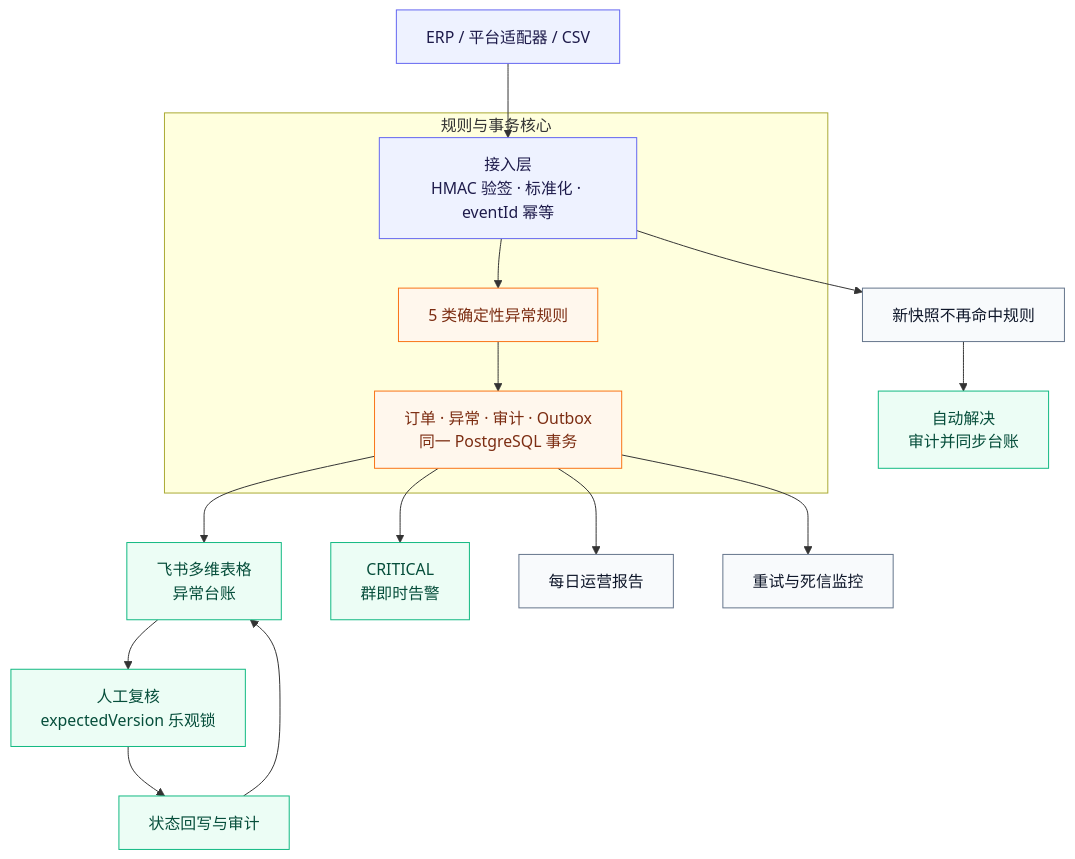
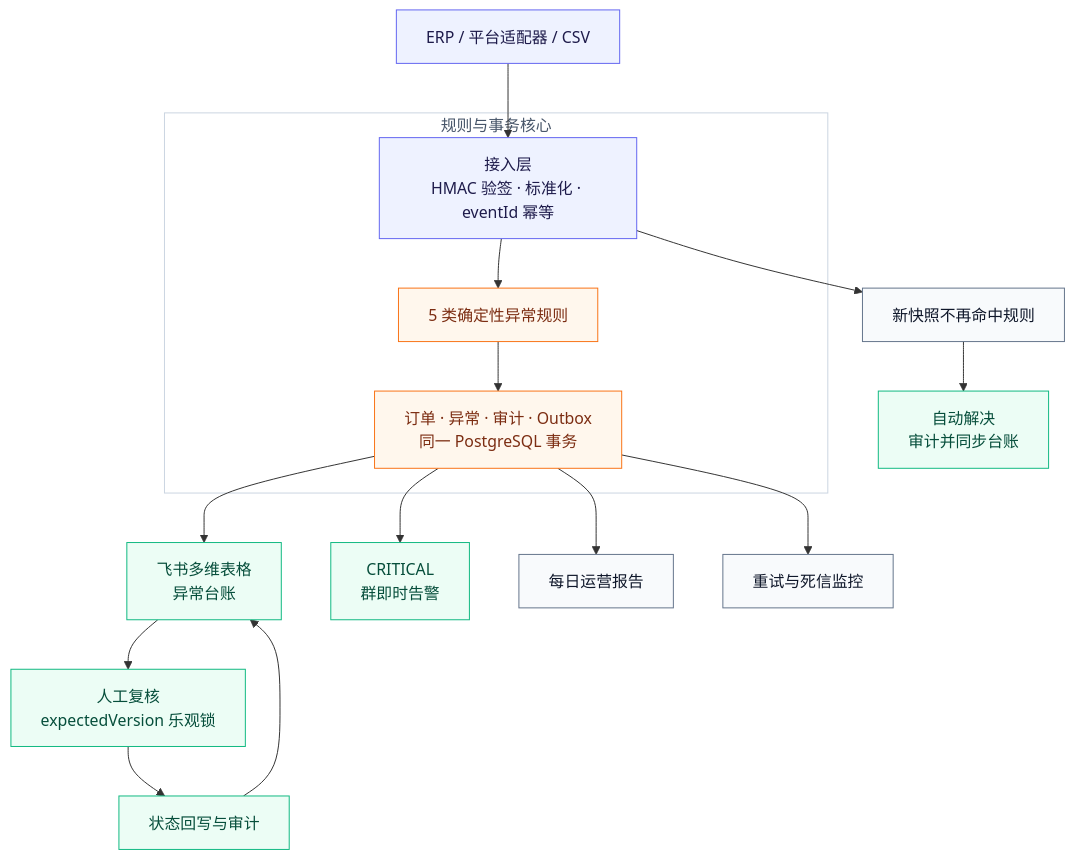
One commit to 718232157/ecommerce-order-exception-automation changed the diagram in README.md. Above: the diagram before and after it, drawn with Mermaid. The commit also changed 1 other file, not shown here.

Commit message:
test: validate README image references

````diff
--- a/README.md
+++ b/README.md
@@ -42,30 +42,31 @@
 ```mermaid
 flowchart TB
     SOURCE["ERP / 平台适配器 / CSV"] --> INGRESS["接入层<br/>HMAC 验签 · 标准化 · eventId 幂等"]
 
     subgraph CORE["规则与事务核心"]
         INGRESS --> RULES["5 类确定性异常规则"]
         RULES --> TX["订单 · 异常 · 审计 · Outbox<br/>同一 PostgreSQL 事务"]
     end
 
     TX --> LEDGER["飞书多维表格<br/>异常台账"]
     TX --> ALERT["CRITICAL<br/>群即时告警"]
     LEDGER --> REVIEW["人工复核<br/>expectedVersion 乐观锁"]
     REVIEW --> WRITEBACK["状态回写与审计"]
     WRITEBACK --> LEDGER
 
     INGRESS --> RECOVERY["新快照不再命中规则"]
     RECOVERY --> RESOLVED["自动解决<br/>审计并同步台账"]
 
     TX --> REPORT["每日运营报告"]
     TX --> DLQ["重试与死信监控"]
 
+    style CORE fill:#ffffff,stroke:#cbd5e1,stroke-width:1px,color:#475569;
     classDef source fill:#eef2ff,stroke:#6366f1,color:#1e1b4b;
     classDef core fill:#fff7ed,stroke:#f97316,color:#7c2d12;
     classDef feishu fill:#ecfdf5,stroke:#10b981,color:#064e3b;
     classDef ops fill:#f8fafc,stroke:#64748b,color:#0f172a;
     class SOURCE,INGRESS source;
     class RULES,TX core;
     class LEDGER,ALERT,REVIEW,WRITEBACK,RESOLVED feishu;
     class RECOVERY,REPORT,DLQ ops;
 ```
````
